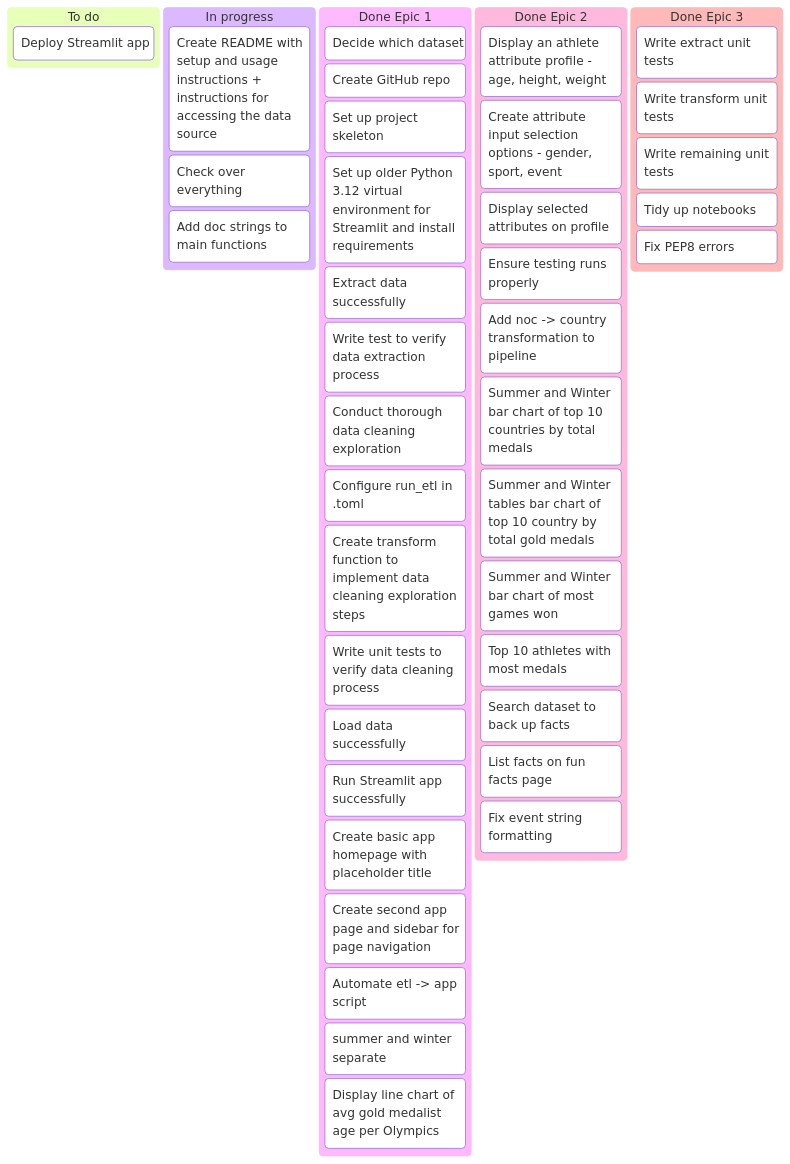
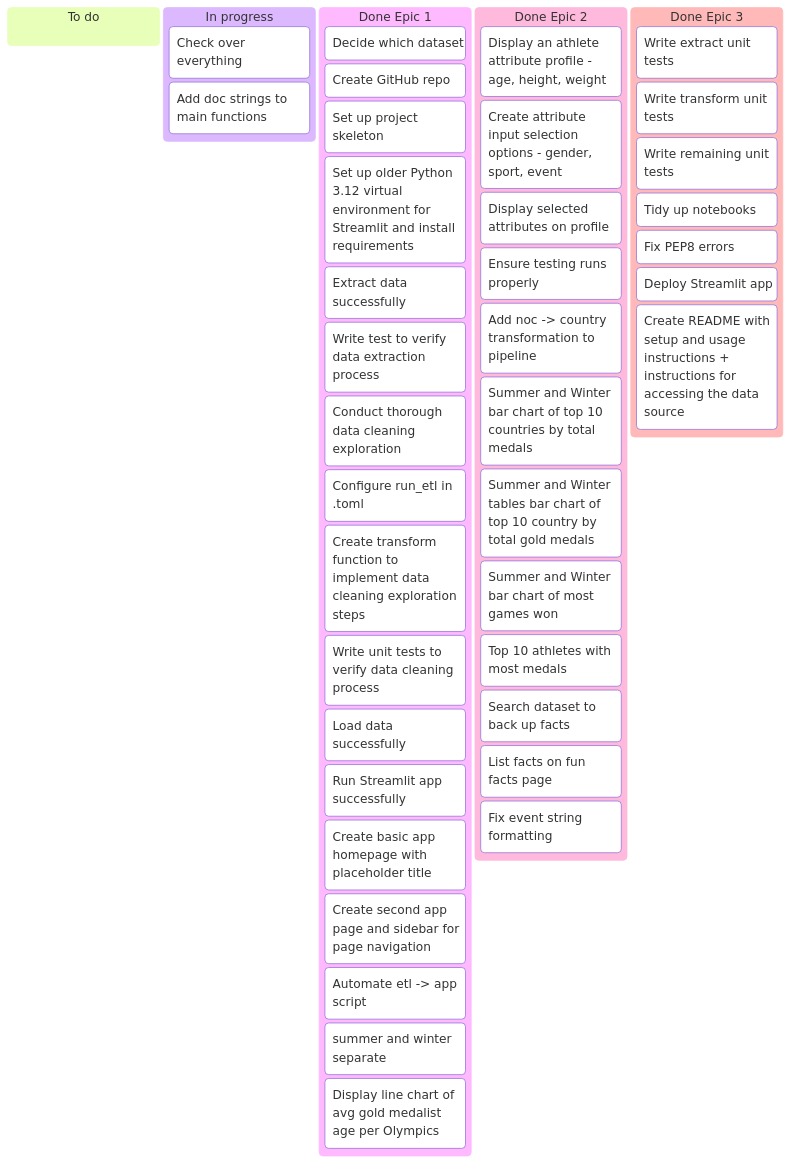
One commit to RonanD10/capstone-project changed the first of 2 diagrams in docs/kanban.md. Above: the diagram before and after it, drawn with Mermaid. The commit also changed 1 other file, not shown here.

Commit message:
update markdown files and readme image

````diff
--- a/docs/kanban.md
+++ b/docs/kanban.md
@@ -3,51 +3,53 @@
 ```mermaid
 kanban
     To do       
-        Deploy Streamlit app 
+        
 
     In progress
-        Create README with setup and usage instructions + instructions for accessing the data source
+
         Check over everything 
         Add doc strings to main functions    
         
     Done Epic 1
         Decide which dataset
         Create GitHub repo 
         Set up project skeleton
         Set up older Python 3.12 virtual environment for Streamlit and install requirements
         Extract data successfully
         Write test to verify data extraction process
         Conduct thorough data cleaning exploration
         Configure run_etl in .toml
         Create transform function to implement data cleaning exploration steps
         Write unit tests to verify data cleaning process 
         Load data successfully
         Run Streamlit app successfully
         Create basic app homepage with placeholder title
         Create second app page and sidebar for page navigation
         Automate etl -> app script
         Display ordered bar chart of avg age per event (summer and winter separate)
         Display line chart of avg gold medalist age per Olympics
 
     Done Epic 2 
         Display an athlete attribute profile - age, height, weight
         Create attribute input selection options - gender, sport, event
         Display selected attributes on profile 
         Ensure testing runs properly
         Add noc -> country transformation to pipeline 
         Summer and Winter bar chart of top 10 countries by total medals
         Summer and Winter tables bar chart of top 10 country by total gold medals
         Summer and Winter bar chart of most games won
         Top 10 athletes with most medals
         Search dataset to back up facts
         List facts on fun facts page
         Fix event string formatting
     
     Done Epic 3
         Write extract unit tests
         Write transform unit tests
         Write remaining unit tests
         Tidy up notebooks 
         Fix PEP8 errors
+        Deploy Streamlit app 
+        Create README with setup and usage instructions + instructions for accessing the data source
 
 ```
````
